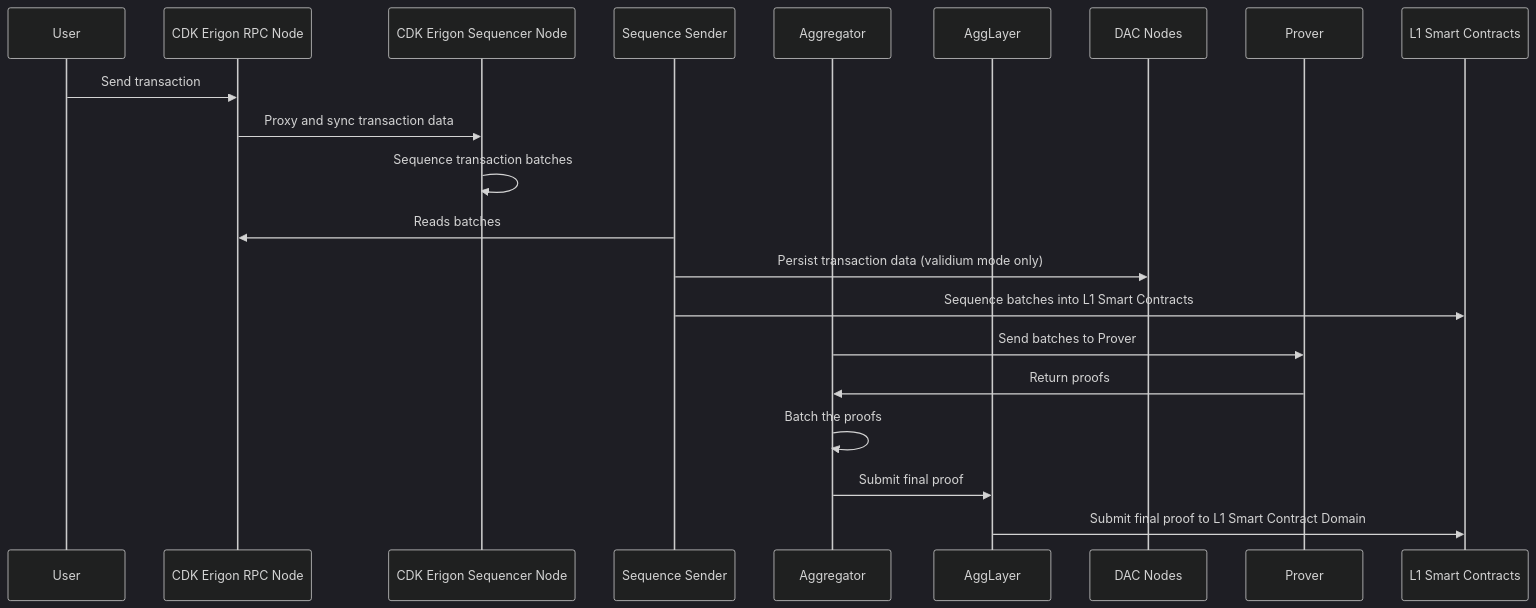
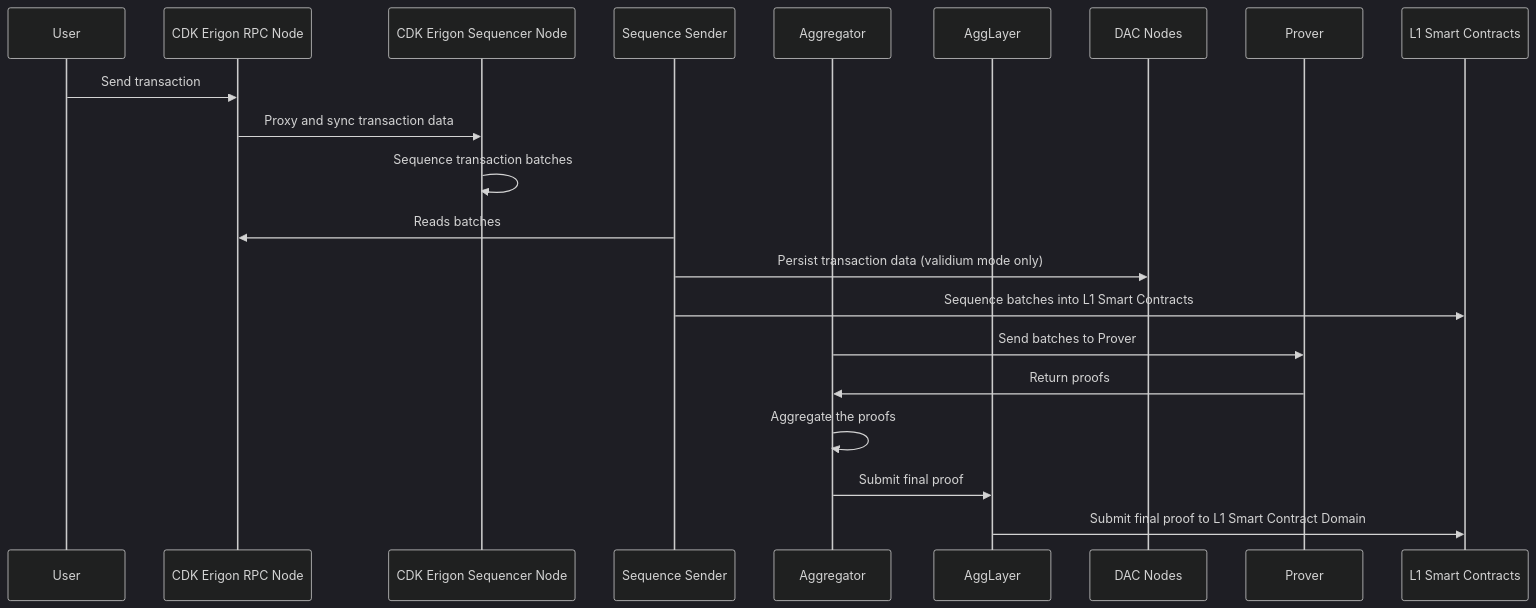
Before and after one commit to 0xPolygon/polygon-docs: the diagram in docs/cdk/architecture/high-level-views.md, drawn with Mermaid (dark theme).

Commit message:
correction

````diff
--- a/docs/cdk/architecture/high-level-views.md
+++ b/docs/cdk/architecture/high-level-views.md
@@ -38,24 +38,24 @@
 ```mermaid
 sequenceDiagram
     participant User
     participant ErigonRPC as CDK Erigon RPC Node
     participant Sequencer as CDK Erigon Sequencer Node
     participant SeqSender as Sequence Sender
     participant Aggregator
     participant AggLayer
     participant DACNodes as DAC Nodes
     participant Prover
     participant L1 as L1 Smart Contracts
 
     User->>ErigonRPC: Send transaction
     ErigonRPC->>Sequencer: Proxy and sync transaction data
     Sequencer->>Sequencer: Sequence transaction batches
     SeqSender->>ErigonRPC: Reads batches
     SeqSender->>DACNodes: Persist transaction data (validium mode only)
     SeqSender->>L1: Sequence batches into L1 Smart Contracts 
     Aggregator->>Prover: Send batches to Prover 
     Prover->>Aggregator: Return proofs 
-    Aggregator->>Aggregator: Batch the proofs
+    Aggregator->>Aggregator: Aggregate the proofs
     Aggregator->>AggLayer: Submit final proof
     AggLayer->>L1: Submit final proof to L1 Smart Contract Domain
 ```
````
